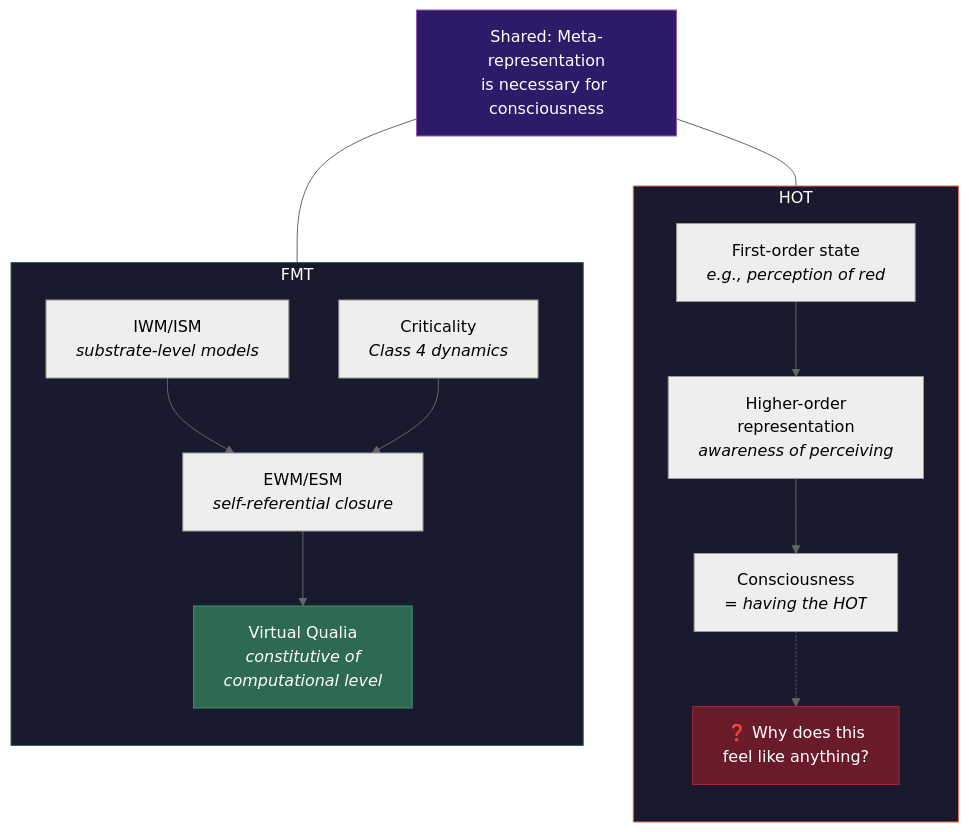
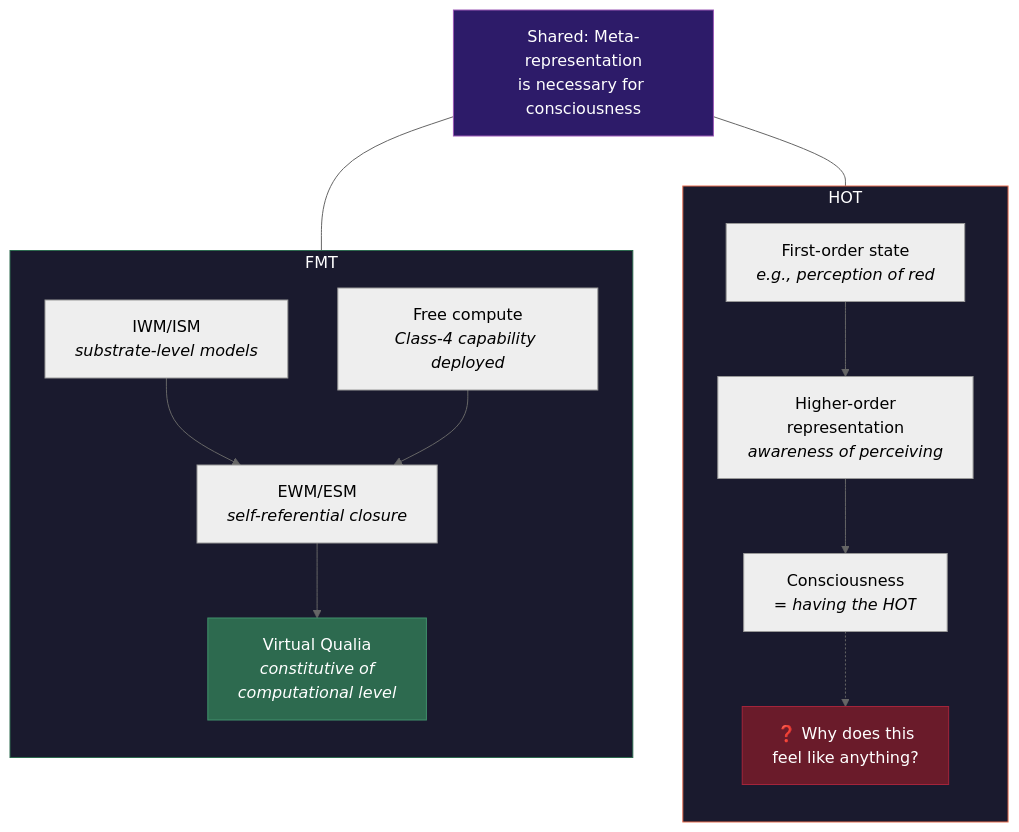
The diagram in wiki/comparative/vs-hot.md (JeltzProstetnic/aIware), drawn with Mermaid (neutral theme) before and after one commit. The commit also changed other lines of this file and 61 other files, not shown here.

````diff
--- a/wiki/comparative/vs-hot.md
+++ b/wiki/comparative/vs-hot.md
@@ -45,33 +45,33 @@
 ```mermaid
 graph TB
     subgraph HOT_THEORY["HOT"]
         direction TB
         H1["First-order state<br/><i>e.g., perception of red</i>"]
         H2["Higher-order<br/>representation<br/><i>awareness of perceiving</i>"]
         H3["Consciousness<br/><i>= having the HOT</i>"]
         H1 --> H2 --> H3
         H4["❓ Why does this<br/>feel like anything?"]
         H3 -.-> H4
     end
 
     subgraph FMT_THEORY["FMT"]
         direction TB
         F1["IWM/ISM<br/><i>substrate-level models</i>"]
         F2["EWM/ESM<br/><i>self-referential closure</i>"]
         F3["Virtual Qualia<br/><i>constitutive of<br/>computational level</i>"]
-        F4["Criticality<br/><i>Class 4 dynamics</i>"]
+        F4["Free compute<br/><i>Class-4 capability deployed</i>"]
         F1 --> F2
         F4 --> F2
         F2 --> F3
     end
 
     SHARED["Shared: Meta-representation<br/>is necessary for consciousness"]
     SHARED --- H2
     SHARED --- F2
 
     style HOT_THEORY fill:#1a1a2e,stroke:#e76f51,color:#fff
     style FMT_THEORY fill:#1a1a2e,stroke:#2d6a4f,color:#fff
     style SHARED fill:#2d1b69,stroke:#9b59b6,color:#fff
     style H4 fill:#6a1b2a,stroke:#a4243b,color:#fff
     style F3 fill:#2d6a4f,stroke:#40916c,color:#fff
 ```
````
